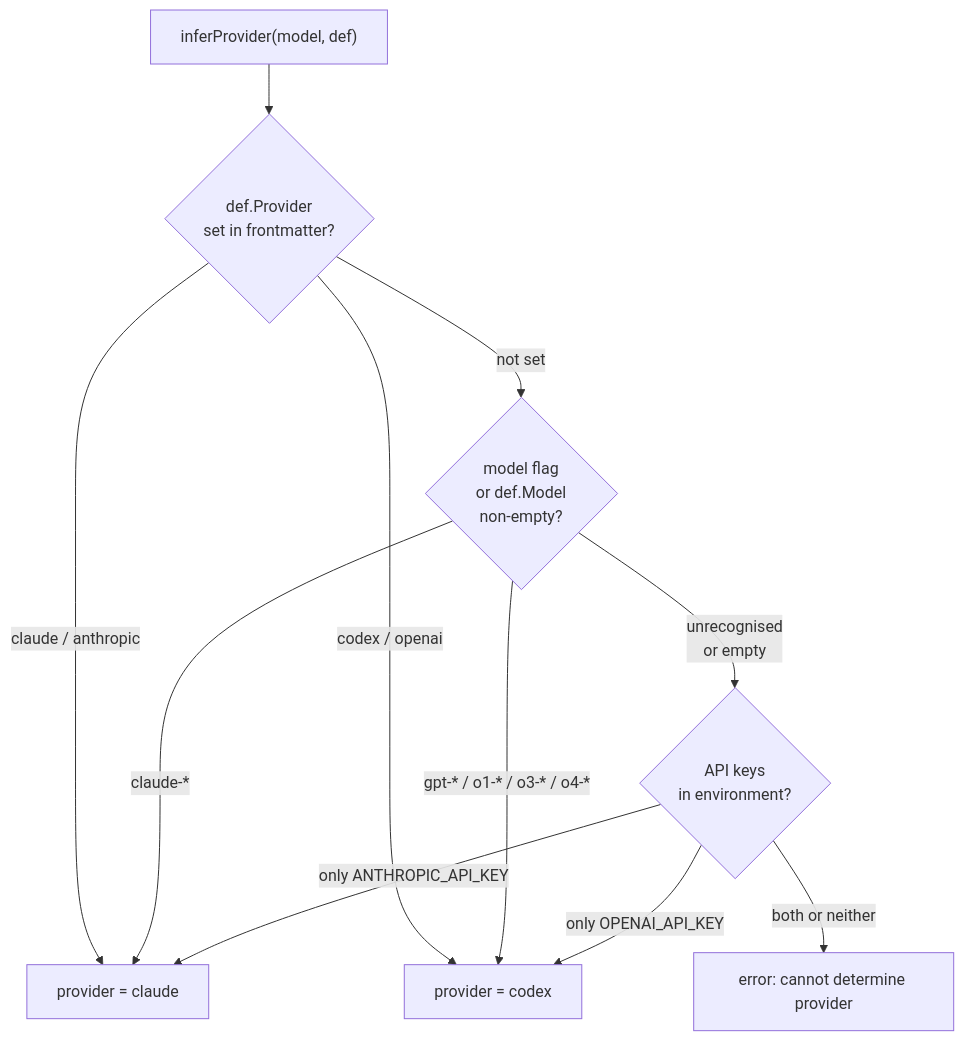
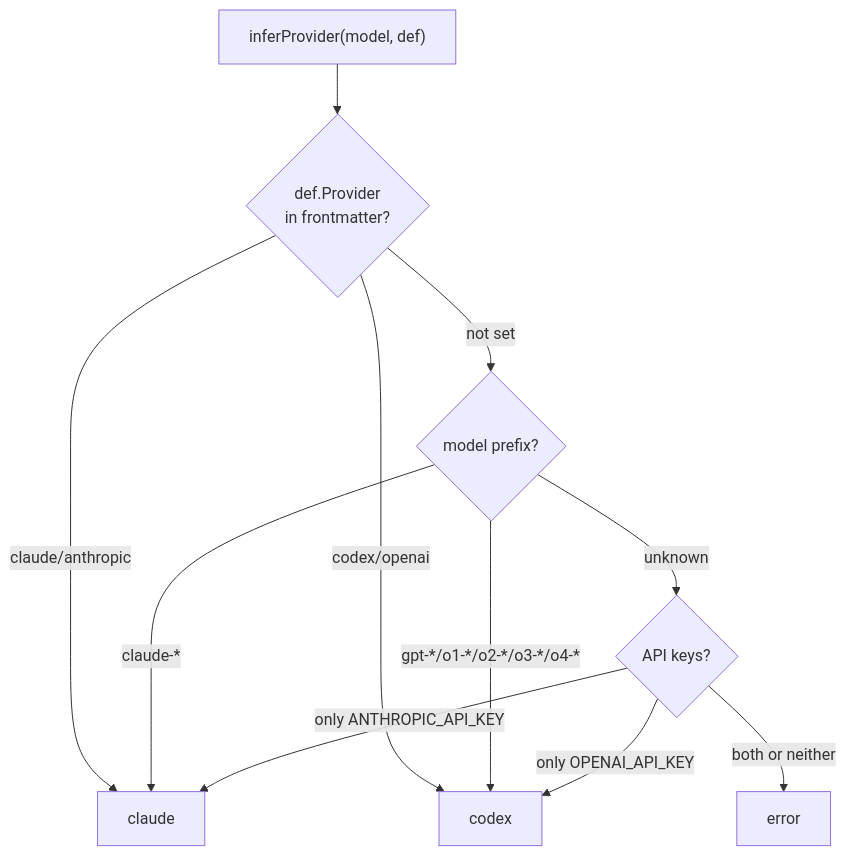
One commit to mrbrutti/okesu changed the ninth of 17 diagrams in docs/architecture.md. Above: the diagram before and after it, drawn with Mermaid. The commit also changed other lines of this file, not shown here.

First line of the commit message:
docs: update architecture.md for Phases 2–7

````diff
--- a/docs/architecture.md
+++ b/docs/architecture.md
@@ -763,13 +546,13 @@
 ```mermaid
 flowchart TD
-    Start["inferProvider(model, def)"] --> A{"def.Provider\nset in frontmatter?"}
-    A --> |"claude / anthropic"| Claude["provider = claude"]
-    A --> |"codex / openai"| Codex["provider = codex"]
-    A --> |"not set"| B{"model flag\nor def.Model\nnon-empty?"}
+    Start["inferProvider(model, def)"] --> A{"def.Provider\nin frontmatter?"}
+    A --> |"claude/anthropic"| Claude["claude"]
+    A --> |"codex/openai"| Codex["codex"]
+    A --> |"not set"| B{"model prefix?"}
     B --> |"claude-*"| Claude
-    B --> |"gpt-* / o1-* / o3-* / o4-*"| Codex
-    B --> |"unrecognised\nor empty"| C{"API keys\nin environment?"}
+    B --> |"gpt-*/o1-*/o2-*/o3-*/o4-*"| Codex
+    B --> |"unknown"| C{"API keys?"}
     C --> |"only ANTHROPIC_API_KEY"| Claude
     C --> |"only OPENAI_API_KEY"| Codex
-    C --> |"both or neither"| Err["error: cannot determine provider"]
+    C --> |"both or neither"| Err["error"]
 ```
````
